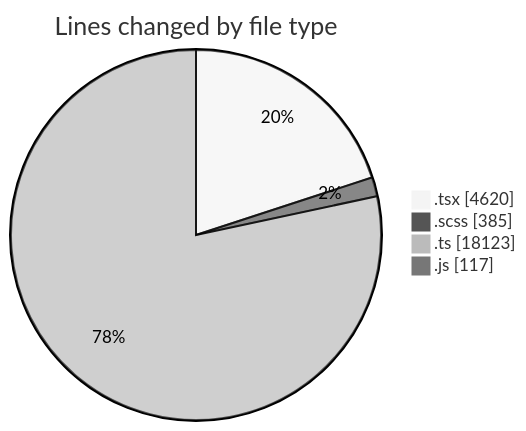
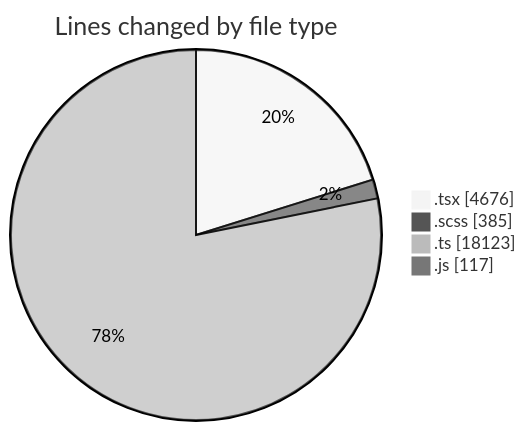
One commit to momahboobian/code-tracking changed the first of 2 diagrams in 2025-06-17/cda/README.md. Above: the diagram before and after it, drawn with Mermaid (neutral theme). The commit also changed other lines of this file and 1 other file, not shown here.

````diff
--- a/2025-06-17/cda/README.md
+++ b/2025-06-17/cda/README.md
@@ -41,8 +42,8 @@
 ```mermaid
 pie showData
 title Lines changed by file type
-".tsx" : 4620
+".tsx" : 4676
 ".scss" : 385
 ".ts" : 18123
 ".js" : 117
 ```
````
